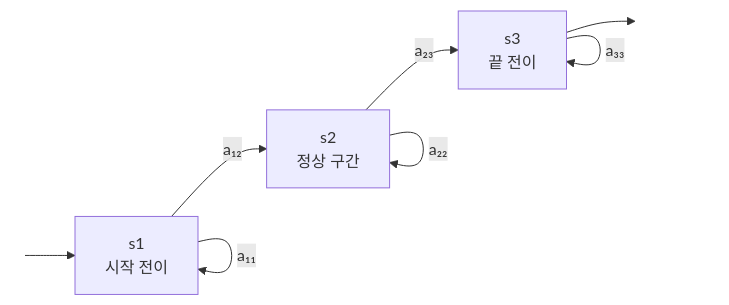
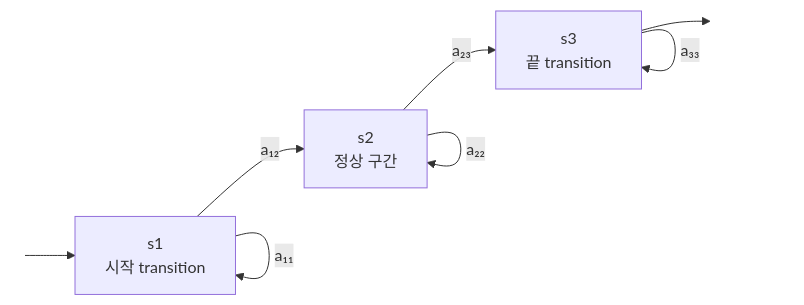
The diagram in chapters/08_audio/03_classical_speech.qmd (yuvjjang/aiml_studybook), drawn with Mermaid before and after one commit. The commit also changed other lines of this file, not shown here.

Commit message:
8.3 고전 음성 인식 풀어쓰기: noisy channel·HMM·forced alignment·Viterbi·WER·triphone·WFST 영문 용어와 비유 추가

````diff
--- a/chapters/08_audio/03_classical_speech.qmd
+++ b/chapters/08_audio/03_classical_speech.qmd
@@ -175,14 +179,14 @@
 ```{mermaid}
 %%| label: fig-hmm-topology
-%%| fig-cap: "음소 하나의 좌→우 3상태 HMM. 자기 전이(머무름)와 다음 상태로의 전이만 있습니다."
+%%| fig-cap: "phoneme 하나의 좌→우 3상태 HMM. 자기 transition(머무름)와 다음 상태로의 transition만 있습니다."
 flowchart LR
   I(( )) --> S1
-  S1["s1<br/>시작 전이"] -->|a₁₂| S2["s2<br/>정상 구간"]
-  S2 -->|a₂₃| S3["s3<br/>끝 전이"]
+  S1["s1<br/>시작 transition"] -->|a₁₂| S2["s2<br/>정상 구간"]
+  S2 -->|a₂₃| S3["s3<br/>끝 transition"]
   S3 --> O(( ))
   S1 -->|a₁₁| S1
   S2 -->|a₂₂| S2
   S3 -->|a₃₃| S3
   style I fill:none,stroke:none
   style O fill:none,stroke:none
 ```
````
